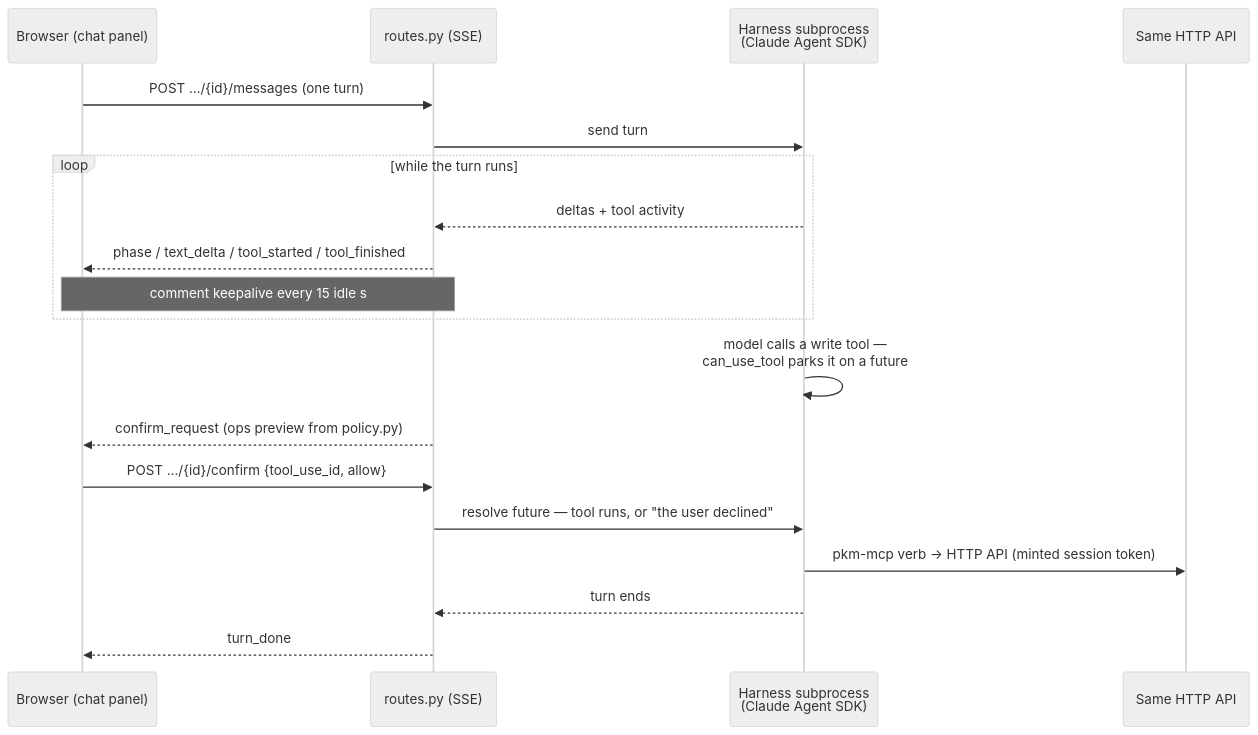
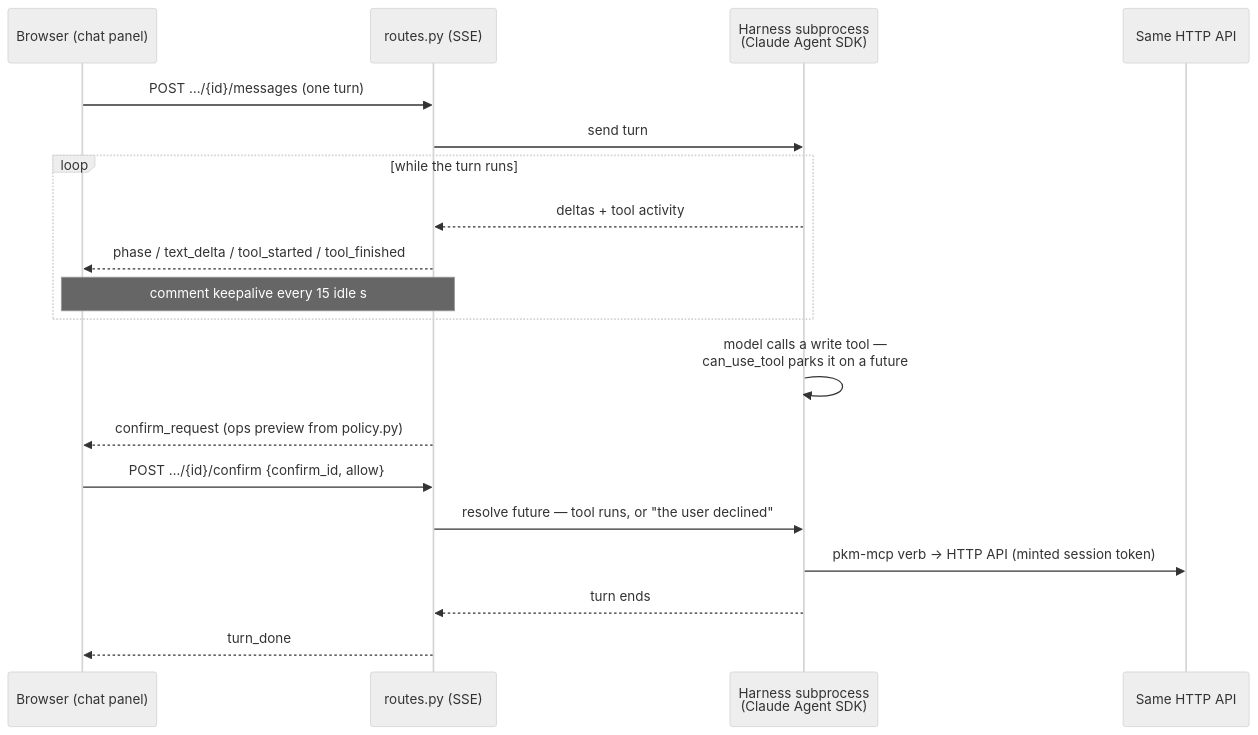
The first of 2 diagrams in docs/architecture/assistant.md (ArthurClune/pkm-system), drawn with Mermaid (neutral theme) before and after one commit. The commit also changed 24 other files, not shown here.

First line of the commit message:
feat(pkm-s6q3): brand ConversationId/ConfirmId and rename tool_use_id

````diff
--- a/docs/architecture/assistant.md
+++ b/docs/architecture/assistant.md
@@ -31,22 +31,22 @@
 ```mermaid
 sequenceDiagram
     participant B as Browser (chat panel)
     participant R as routes.py (SSE)
     participant H as Harness subprocess<br/>(Claude Agent SDK)
     participant A as Same HTTP API
 
     B->>R: POST …/{id}/messages (one turn)
     R->>H: send turn
     loop while the turn runs
         H-->>R: deltas + tool activity
         R-->>B: phase / text_delta / tool_started / tool_finished
         Note over R,B: comment keepalive every 15 idle s
     end
     H->>H: model calls a write tool —<br/>can_use_tool parks it on a future
     R-->>B: confirm_request (ops preview from policy.py)
-    B->>R: POST …/{id}/confirm {tool_use_id, allow}
+    B->>R: POST …/{id}/confirm {confirm_id, allow}
     R->>H: resolve future — tool runs, or "the user declined"
     H->>A: pkm-mcp verb → HTTP API (minted session token)
     H-->>R: turn ends
     R-->>B: turn_done
 ```
````
